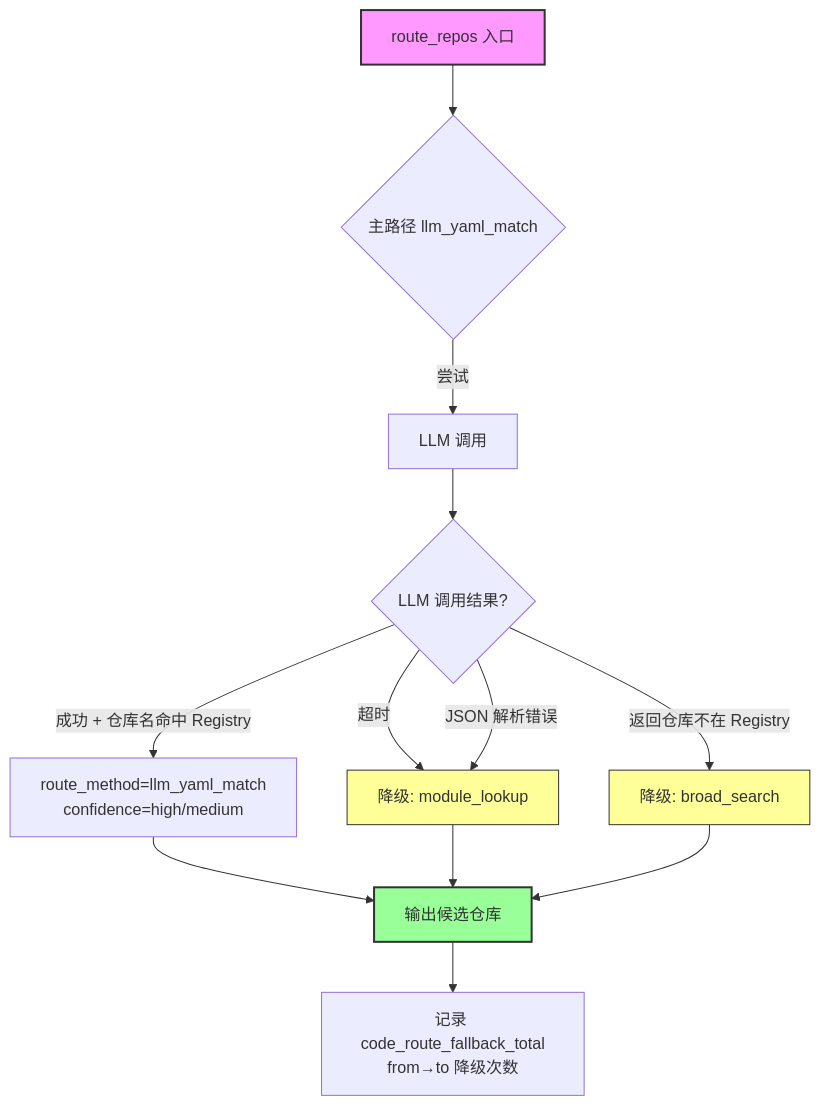
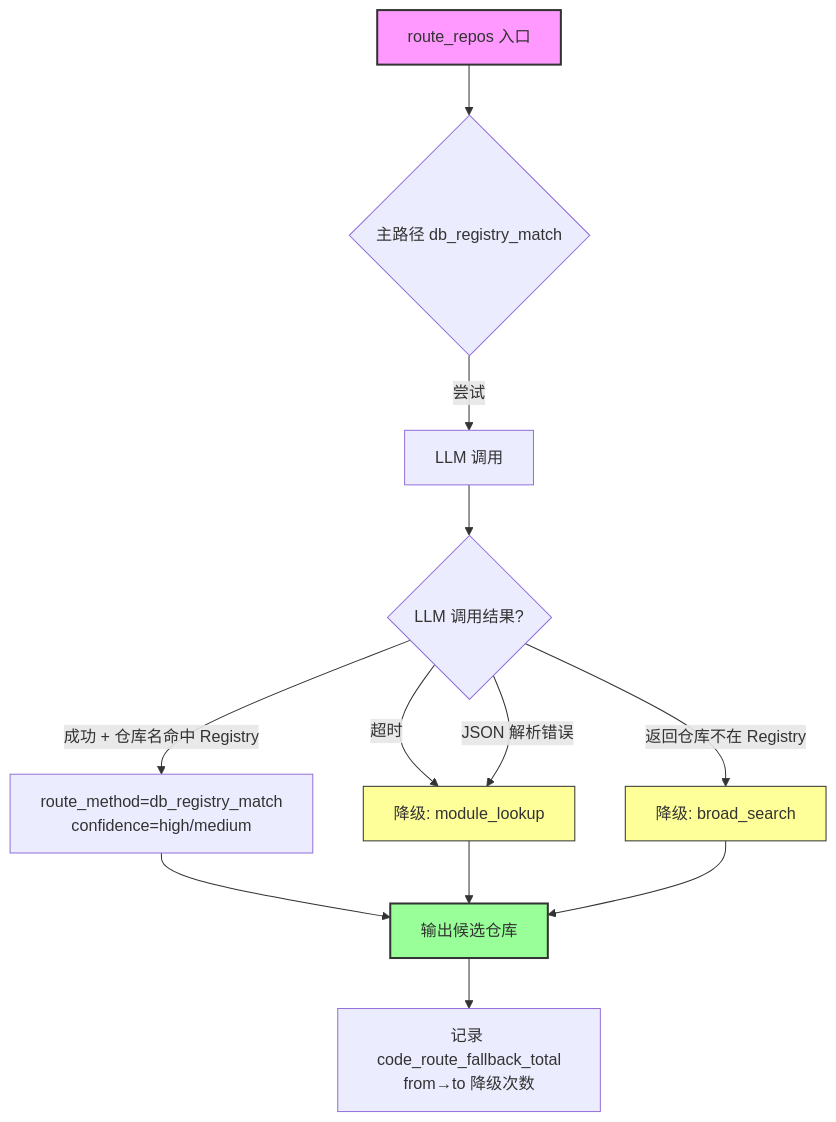
Before and after one commit to leizhuang1332/SPMA: the fourth of 4 diagrams in docs/designs/SPMA-design-13-industry-research-code-location.md, drawn with Mermaid. The commit also changed other lines of this file, not shown here.

First line of the commit message:
docs(design-13): 取消 module_manifest.yaml，直接落地 repo_registry 表

````diff
--- a/docs/designs/SPMA-design-13-industry-research-code-location.md
+++ b/docs/designs/SPMA-design-13-industry-research-code-location.md
@@ -1142,22 +1203,22 @@
 ```mermaid
 flowchart TD
-    A[route_repos 入口] --> B{主路径 llm_yaml_match}
+    A[route_repos 入口] --> B{主路径 db_registry_match}
     B -->|尝试| C[LLM 调用]
 
     C --> D{LLM 调用结果?}
-    D -->|成功 + 仓库名命中 Registry| E[route_method=llm_yaml_match<br/>confidence=high/medium]
+    D -->|成功 + 仓库名命中 Registry| E[route_method=db_registry_match<br/>confidence=high/medium]
     D -->|超时| F[降级: module_lookup]
     D -->|JSON 解析错误| F
     D -->|返回仓库不在 Registry| G[降级: broad_search]
 
     E --> H[输出候选仓库]
     F --> H
     G --> H
 
     H --> I[记录 code_route_fallback_total<br/>from→to 降级次数]
 
     style A fill:#f9f,stroke:#333,stroke-width:2px
     style H fill:#9f9,stroke:#333,stroke-width:2px
     style F fill:#ff9,stroke:#333
     style G fill:#ff9,stroke:#333
 ```
````
